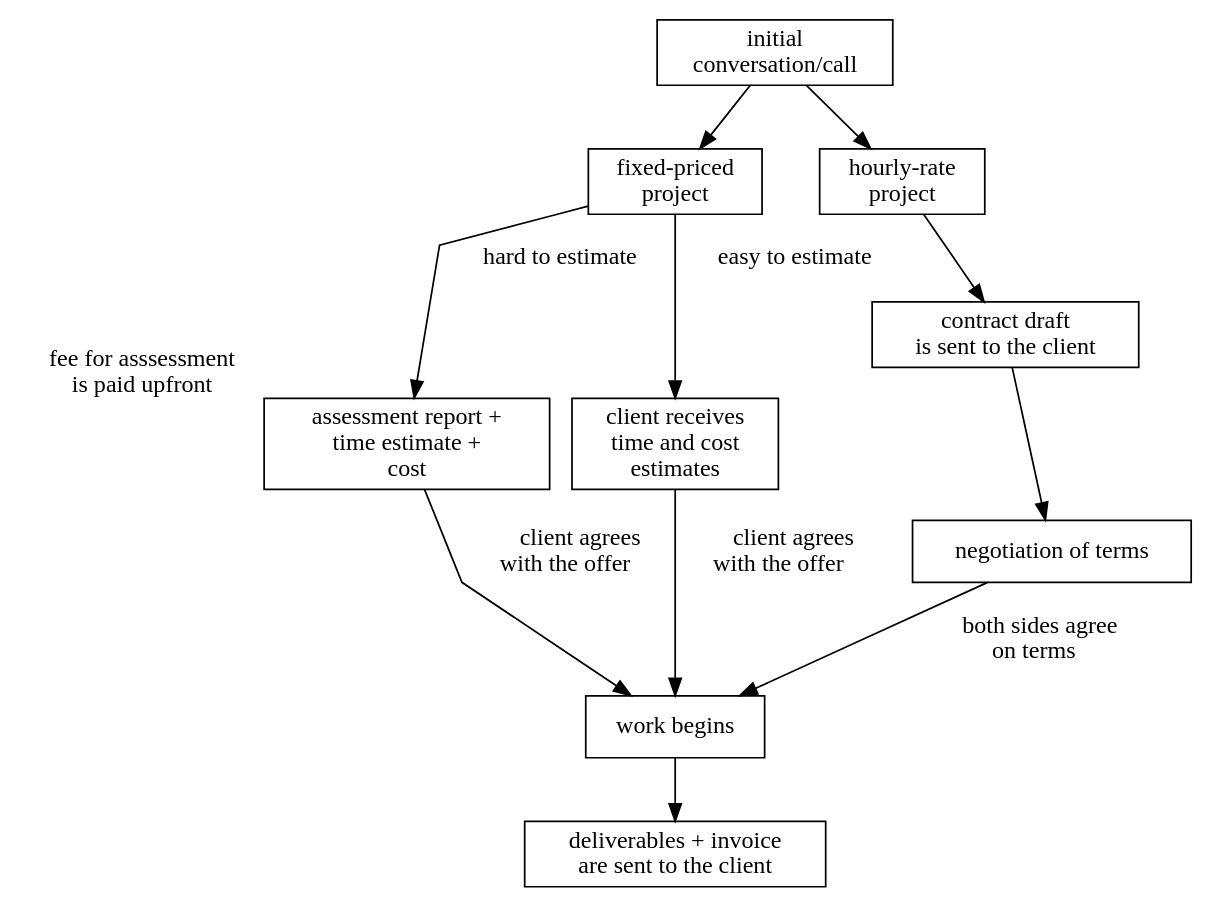
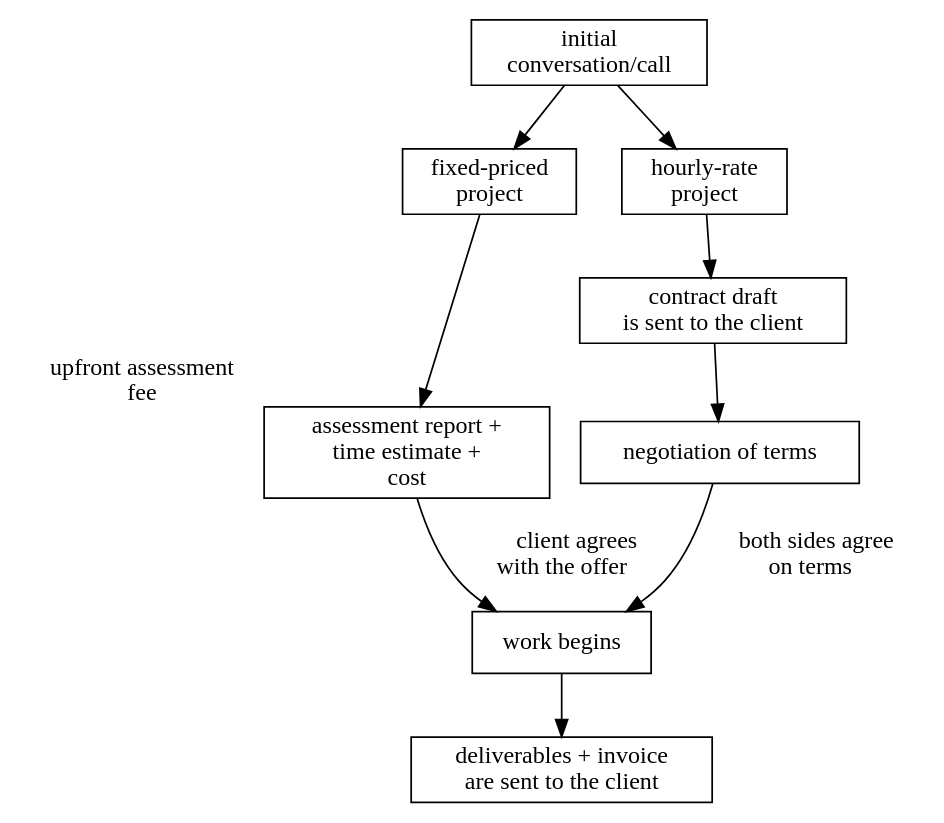
Before and after one commit to wsdookadr/wsdookadr.github.io: the diagram in content/consulting.adoc, drawn with Graphviz. The commit also changed other lines of this file and 1 other file, not shown here.

```diff
--- a/content/consulting.adoc
+++ b/content/consulting.adoc
@@ -30,35 +30,33 @@
 [graphviz, "consulting_diagram", "svg",opts="inline"]
 ----
 digraph {
     node [shape=rectangle];
-    graph [splines=polyline];
+    // graph [splines=polyline];
     // graph [splines=true];
     n1 [href="https://calendly.com/stefan-petrea/30min",label="initial\nconversation/call"];
     n2 [label="fixed-priced\nproject"];
     n3 [label="hourly-rate\nproject"];
-    n4 [label="assessment report +\ntime estimate +\ncost", xlabel="fee for asssessment\n is paid upfront"];
-    n5 [label="client receives\ntime and cost\nestimates"];
+    n4 [label="assessment report +\ntime estimate +\ncost", xlabel="upfront assessment\n fee"];
     n6 [label="contract draft\nis sent to the client"];
     n7 [label="negotiation of terms"];
 
     n20[label="work begins"];
     n21[label="deliverables + invoice\nare sent to the client"];
 
     n1 -> n2;
     n1 -> n3;
-    n2 -> n4  [label="   hard to estimate"];
-    n2 -> n5  [label="   easy to estimate"];
-    n5 -> n20 [label="      client agrees\nwith the offer"];
+    n2 -> n4 ;
     n4 -> n20 [label="      client agrees\nwith the offer"];
 
 
     n3 -> n6;
     n6 -> n7;
     n7 -> n20 [label="   both sides agree\non terms"];
 
     {rank=same; n2; n3;}
+    {rank=same; n4; n7;}
 
     n20 -> n21;
 
 }
 ----
```
